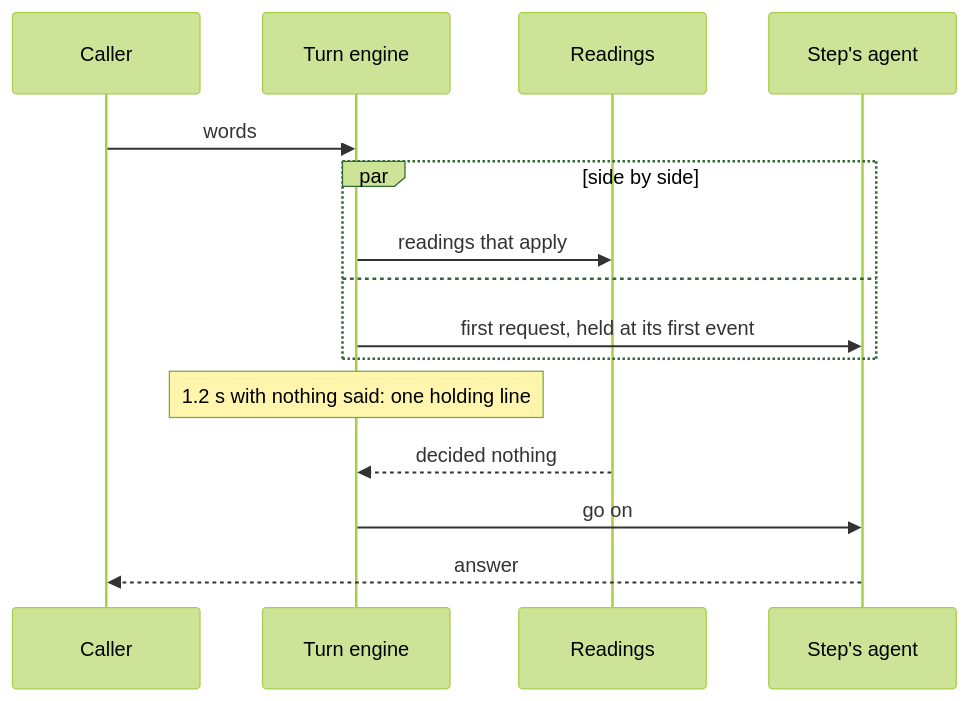
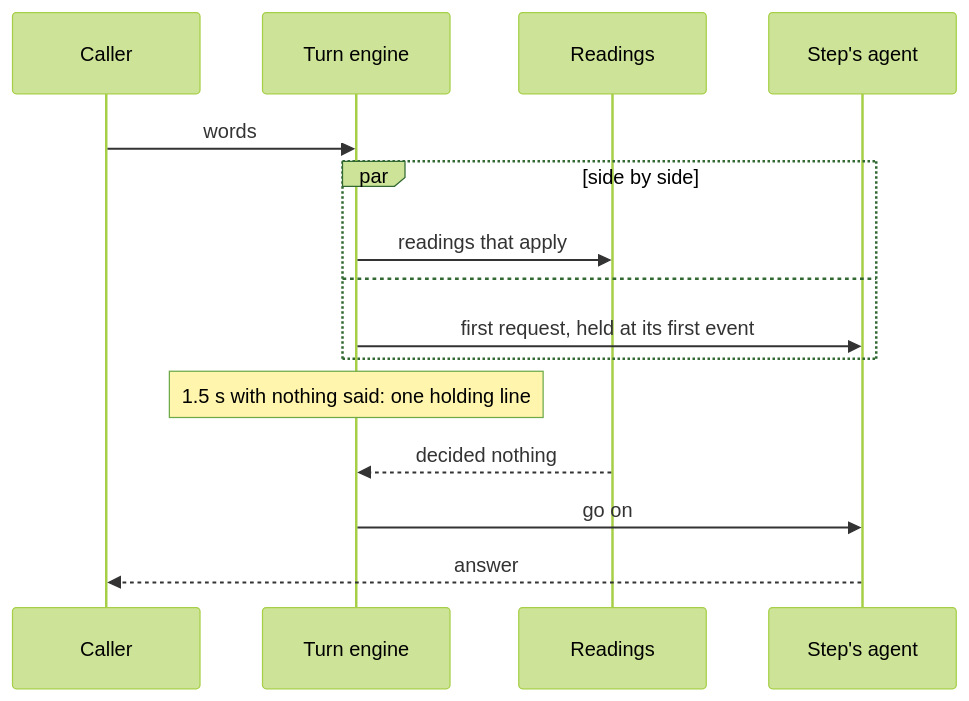
The fourth of 6 diagrams in README.md (slng-ai/unmute-beat), drawn with Mermaid (forest theme) before and after one commit. The commit also changed other lines of this file and 1 other file, not shown here.

Commit message:
The holding line waits 1.5 s, not 1.2 s
Over six calls of 2026-09-25, 4 of 14 holding lines were followed by the
real answer within 0.2 s ("One moment. Shall I book you in for a haircut,
Saturday the 3rd at 10:00 AM?", trace 4c54ad56). A reading that answers
just after 1.2 s is common, because that is when the classifier sends its
second copy. The other ten lines came 0.57 s or more before the answer;
at 1.5 s all ten still go out, 0.3 s later, and the four near misses are
gone. The answer itself is not delayed.

Claude-Session: https://claude.ai/code/session_01Lifhffv3E1aHMUJHMUxGwS

````diff
--- a/README.md
+++ b/README.md
@@ -501,17 +501,17 @@
 ```mermaid
 sequenceDiagram
     participant C as Caller
     participant E as Turn engine
     participant R as Readings
     participant A as Step's agent
     C->>E: words
     par side by side
         E->>R: readings that apply
     and
         E->>A: first request, held at its first event
     end
-    Note over E: 1.2 s with nothing said: one holding line
+    Note over E: 1.5 s with nothing said: one holding line
     R-->>E: decided nothing
     E->>A: go on
     A-->>C: answer
 ```
````
